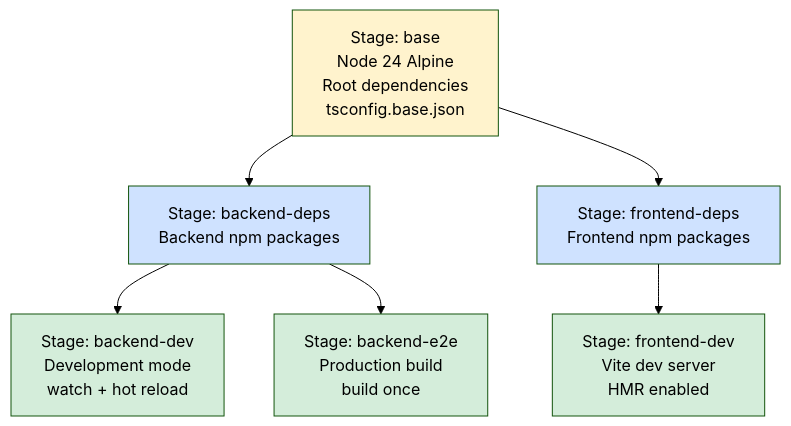
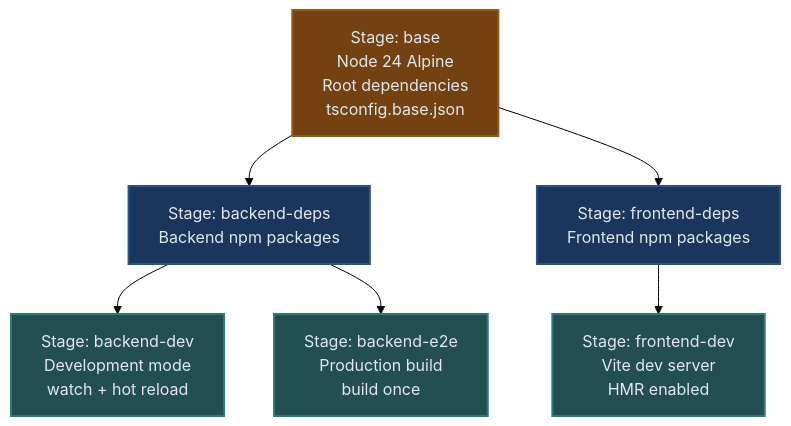
One commit to kimseungbin/trip-settle changed the second of 2 diagrams in README.md. Above: the diagram before and after it, drawn with Mermaid (forest theme). The commit also changed other lines of this file, not shown here.

Commit message:
docs: Improve Mermaid diagram colors for dark mode readability
Update architecture diagrams to use professional, muted colors that work
well in both light and dark modes.

Changes:
- Use dark slate, navy blue, teal, and brown tones
- Add subtle borders for definition
- Light text (#e2e8f0) for readability
- Professional color palette instead of bright pastels

Color scheme:
- Root/Base: Dark slate gray (#2d3748) / Brown (#744210)
- Packages/Dependencies: Navy blue (#1a365d)
- Services/Stages: Dark teal (#234e52)

Before: Light pastels hard to read in dark mode
After: Professional muted colors readable in both modes

🤖 Generated with [Claude Code](https://claude.com/claude-code)

````diff
--- a/README.md
+++ b/README.md
@@ -164,19 +164,19 @@
 ```mermaid
 graph TB
     Base["Stage: base<br/>Node 24 Alpine<br/>Root dependencies<br/>tsconfig.base.json"]
 
     Base --> BE_Deps["Stage: backend-deps<br/>Backend npm packages"]
     Base --> FE_Deps["Stage: frontend-deps<br/>Frontend npm packages"]
 
     BE_Deps --> BE_Dev["Stage: backend-dev<br/>Development mode<br/>watch + hot reload"]
     BE_Deps --> BE_E2E["Stage: backend-e2e<br/>Production build<br/>build once"]
 
     FE_Deps --> FE_Dev["Stage: frontend-dev<br/>Vite dev server<br/>HMR enabled"]
 
-    style Base fill:#fff3cd
-    style BE_Deps fill:#cfe2ff
-    style FE_Deps fill:#cfe2ff
-    style BE_Dev fill:#d4edda
-    style BE_E2E fill:#d4edda
-    style FE_Dev fill:#d4edda
+    style Base fill:#744210,stroke:#975a16,stroke-width:2px,color:#e2e8f0
+    style BE_Deps fill:#1a365d,stroke:#2c5282,stroke-width:2px,color:#e2e8f0
+    style FE_Deps fill:#1a365d,stroke:#2c5282,stroke-width:2px,color:#e2e8f0
+    style BE_Dev fill:#234e52,stroke:#2c7a7b,stroke-width:2px,color:#e2e8f0
+    style BE_E2E fill:#234e52,stroke:#2c7a7b,stroke-width:2px,color:#e2e8f0
+    style FE_Dev fill:#234e52,stroke:#2c7a7b,stroke-width:2px,color:#e2e8f0
 ```
````
